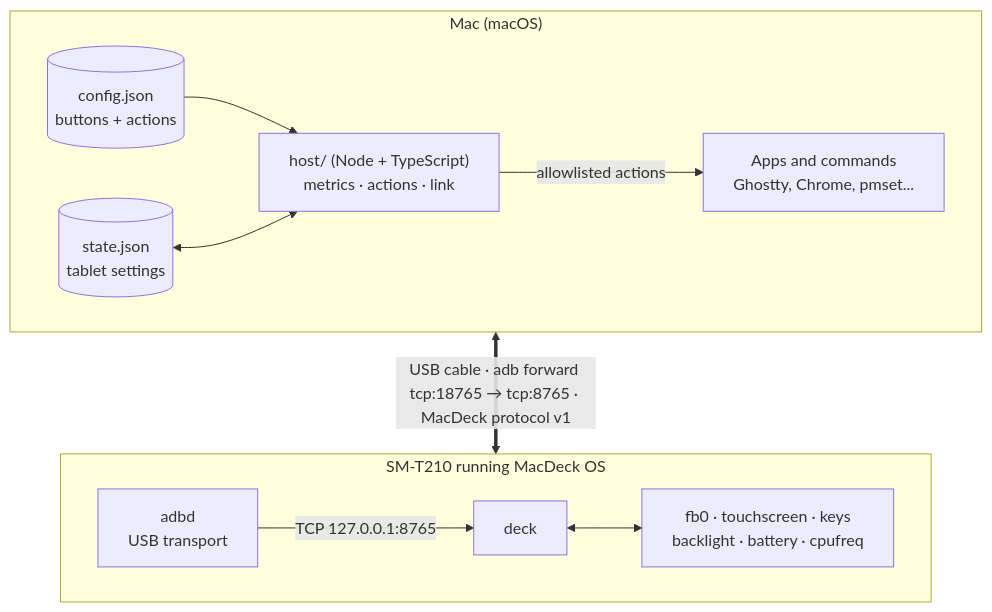
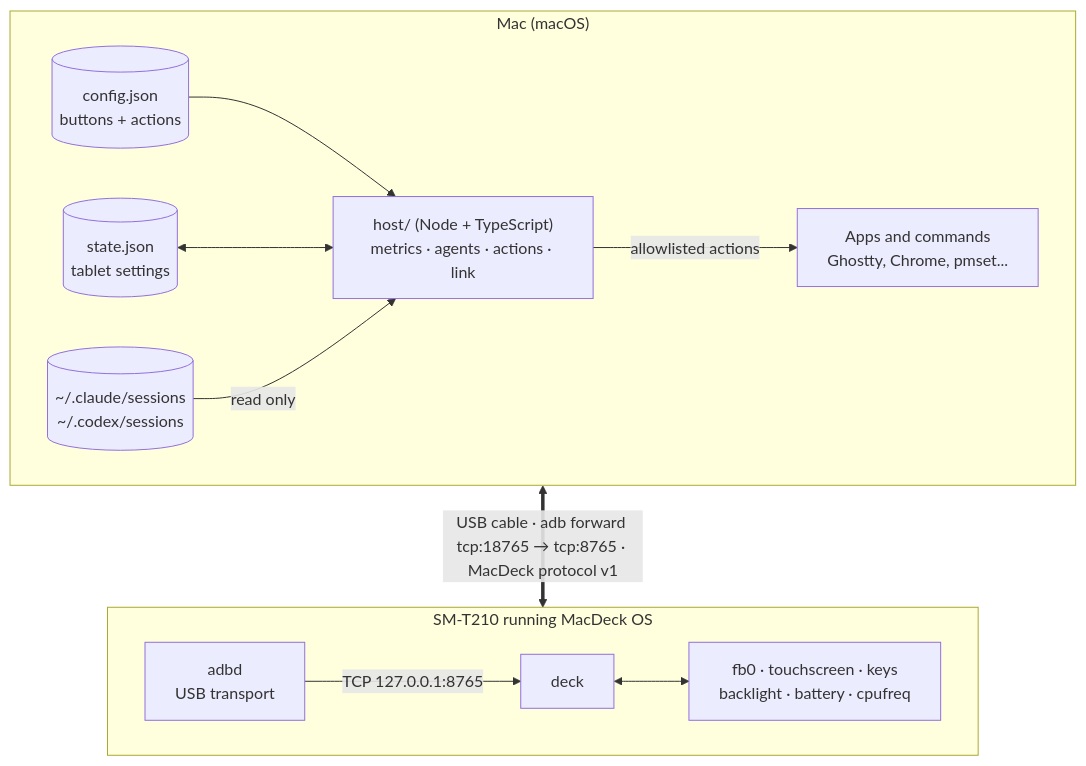
Before and after one commit to KhaledSaeed18/macdeck: the first of 6 diagrams in README.md, drawn with Mermaid. The commit also changed other lines of this file, not shown here.

Commit message:
docs(readme): document the Agents page and how agent status is read

````diff
--- a/README.md
+++ b/README.md
@@ -39,15 +40,16 @@
 ```mermaid
 flowchart TB
     subgraph MAC["Mac (macOS)"]
         direction LR
         CFG[("config.json<br/>buttons + actions")] --> HOST
         STATE[("state.json<br/>tablet settings")] <--> HOST
-        HOST["host/ (Node + TypeScript)<br/>metrics · actions · link"] -- "allowlisted actions" --> APPS["Apps and commands<br/>Ghostty, Chrome, pmset..."]
+        HOST["host/ (Node + TypeScript)<br/>metrics · agents · actions · link"] -- "allowlisted actions" --> APPS["Apps and commands<br/>Ghostty, Chrome, pmset..."]
+        AGENTS[("~/.claude/sessions<br/>~/.codex/sessions")] -- "read only" --> HOST
     end
     subgraph TAB["SM-T210 running MacDeck OS"]
         direction LR
         ADBD["adbd<br/>USB transport"] -- "TCP 127.0.0.1:8765" --> DECK["deck"]
         DECK <--> HW["fb0 · touchscreen · keys<br/>backlight · battery · cpufreq"]
     end
     MAC <== "USB cable · adb forward tcp:18765 → tcp:8765 · MacDeck protocol v1" ==> TAB
 ```
````
